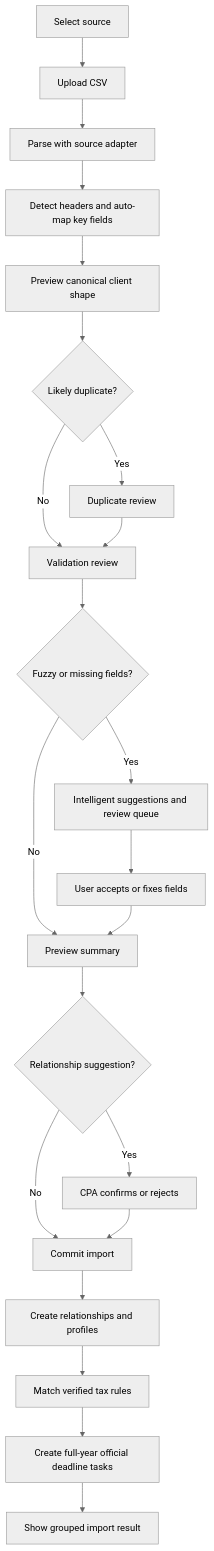
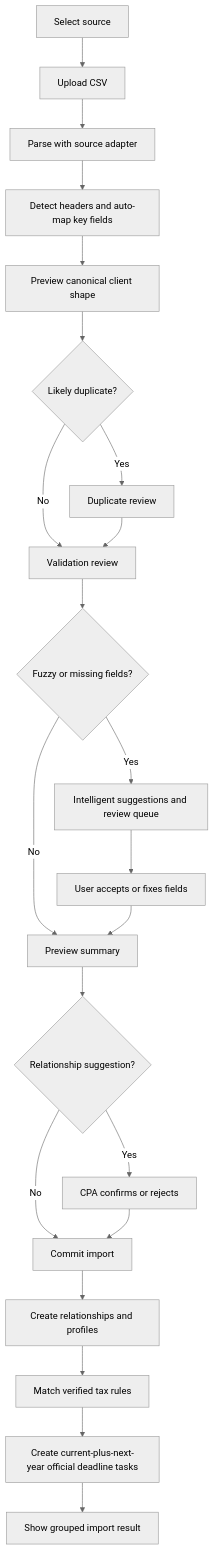
Before and after one commit to Yessenia-d/DueDateHQ: the diagram in specs/csv-imports.md, drawn with Mermaid (neutral theme). The commit also changed other lines of this file and 16 other files, not shown here.

````diff
--- a/specs/csv-imports.md
+++ b/specs/csv-imports.md
@@ -25,24 +25,24 @@
 ```mermaid
 flowchart TD
   A[Select source] --> B[Upload CSV]
   B --> C[Parse with source adapter]
   C --> D[Detect headers and auto-map key fields]
   D --> E[Preview canonical client shape]
   E --> N{Likely duplicate?}
   N -- Yes --> O[Duplicate review]
   N -- No --> P[Validation review]
   O --> P
   P --> Q{Fuzzy or missing fields?}
   Q -- Yes --> F[Intelligent suggestions and review queue]
   F --> G[User accepts or fixes fields]
   Q -- No --> H[Preview summary]
   G --> H
   H --> R{Relationship suggestion?}
   R -- Yes --> S[CPA confirms or rejects]
   R -- No --> I[Commit import]
   S --> I
   I --> J[Create relationships and profiles]
   J --> K[Match verified tax rules]
-  K --> L[Create full-year official deadline tasks]
+  K --> L[Create current-plus-next-year official deadline tasks]
   L --> M[Show grouped import result]
 ```
````
